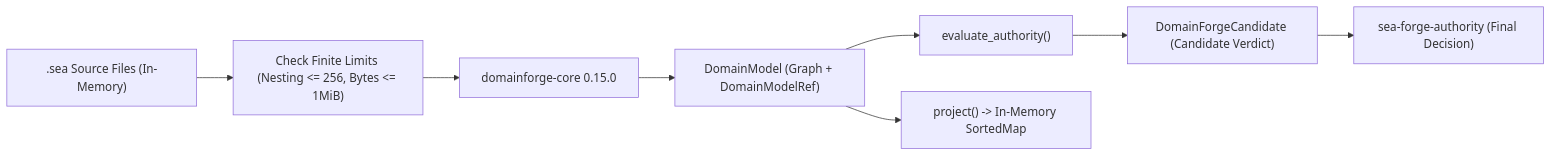
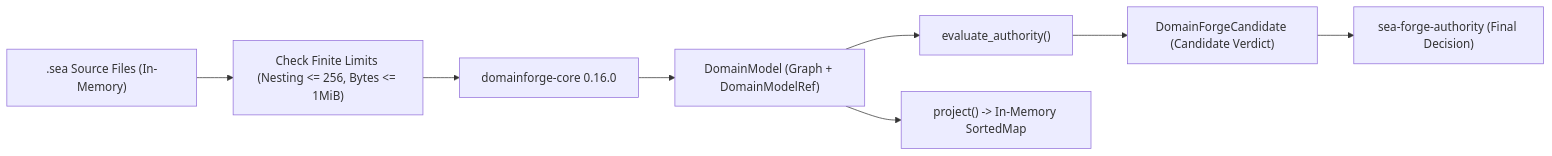
Before and after one commit to GodSpeedAI/SEA-Forge: the diagram in docs/subsystems/domainforge-boundary.md, drawn with Mermaid. The commit also changed other lines of this file and 1178 other files, not shown here.

````diff
--- a/docs/subsystems/domainforge-boundary.md
+++ b/docs/subsystems/domainforge-boundary.md
@@ -34,10 +34,10 @@
 ```mermaid
 flowchart LR
     SOURCES[".sea Source Files (In-Memory)"] --> LIMITS["Check Finite Limits (Nesting <= 256, Bytes <= 1MiB)"]
-    LIMITS --> DF["domainforge-core 0.15.0"]
+    LIMITS --> DF["domainforge-core 0.16.0"]
     DF --> GRAPH["DomainModel (Graph + DomainModelRef)"]
     GRAPH --> EVAL["evaluate_authority()"]
     EVAL --> CANDIDATE["DomainForgeCandidate (Candidate Verdict)"]
     CANDIDATE --> AUTH["sea-forge-authority (Final Decision)"]
     GRAPH --> PROJ["project() -> In-Memory SortedMap"]
 ```
````
